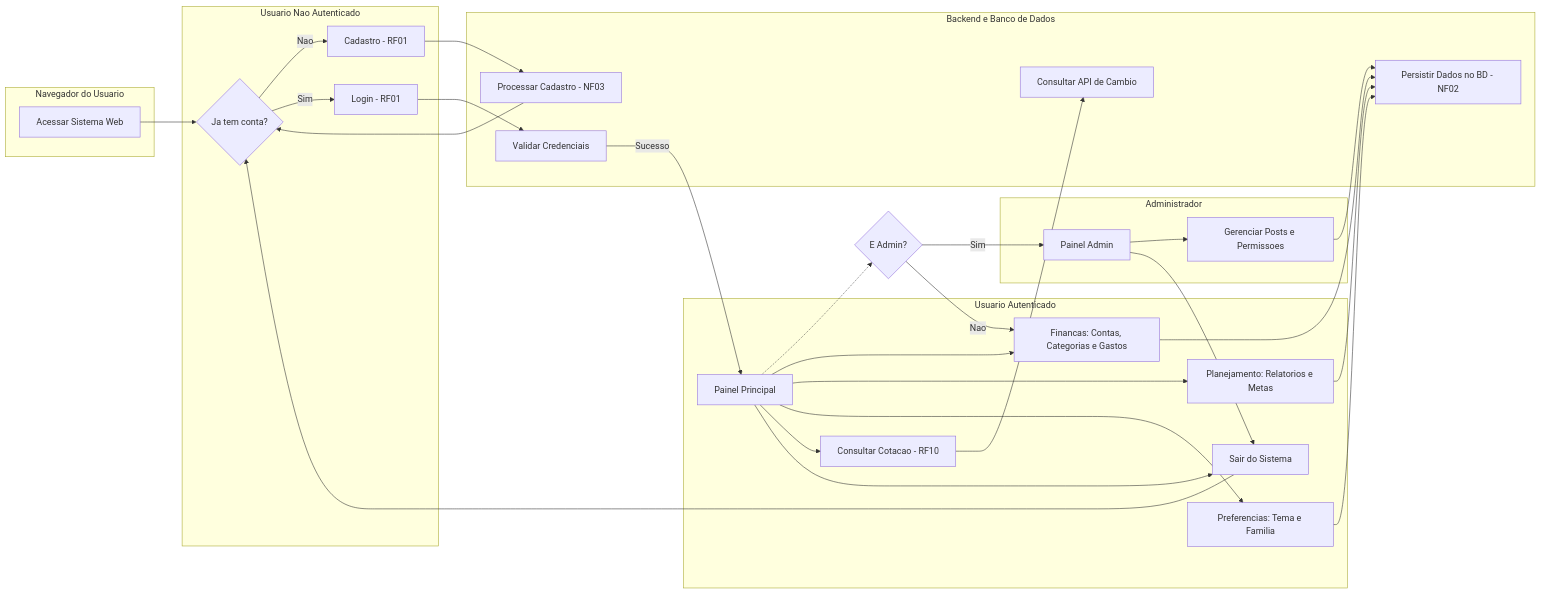
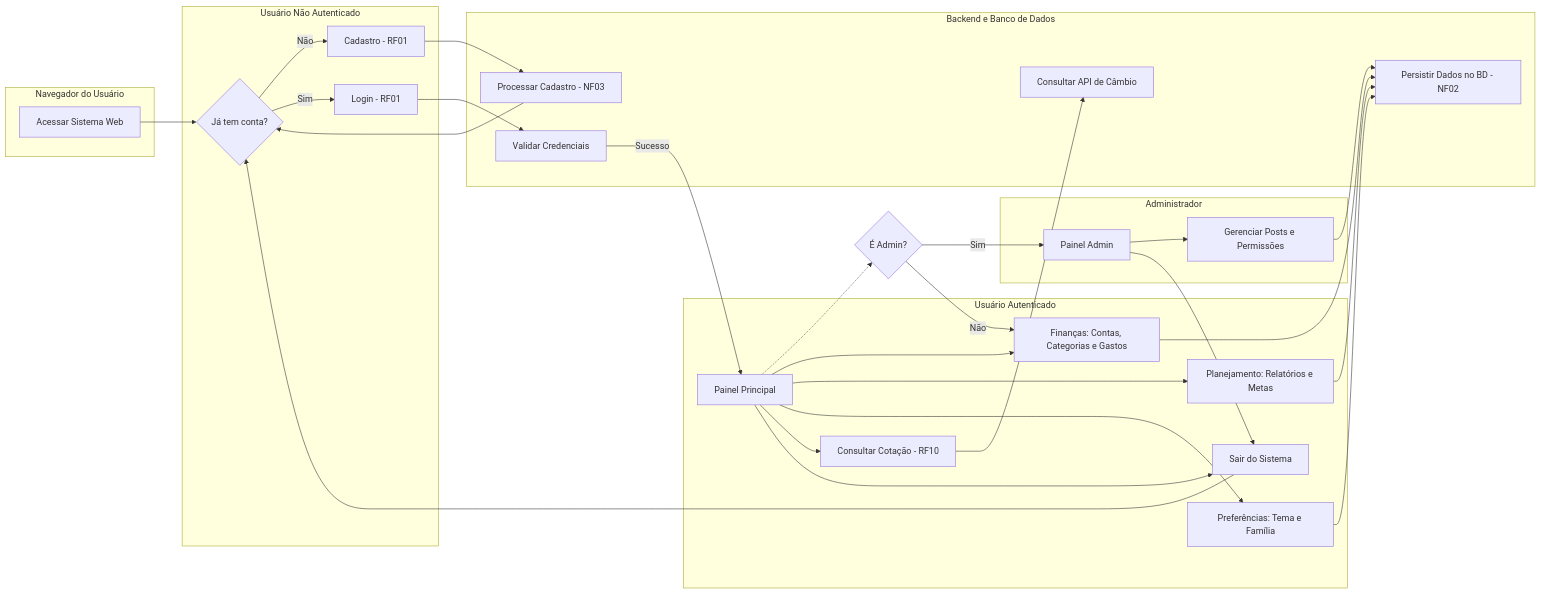
The diagram in doc/Diagrama_Processo.md (bruno-diasz/na-ponta-do-lapis-PDS), drawn with Mermaid before and after one commit.

Commit message:
docs(diagrama): corrigir acentuação

````diff
--- a/doc/Diagrama_Processo.md
+++ b/doc/Diagrama_Processo.md
@@ -1,65 +1,65 @@
 ```mermaid
 graph LR
 
-    subgraph Cliente [Navegador do Usuario]
+    subgraph Cliente [Navegador do Usuário]
         Acesso[Acessar Sistema Web]
     end
 
-    subgraph Unauth [Usuario Nao Autenticado]
-        Login{Ja tem conta?}
+    subgraph Unauth [Usuário Não Autenticado]
+        Login{Já tem conta?}
         NovoCadastro[Cadastro - RF01]
         FazerLogin[Login - RF01]
     end
 
-    subgraph AuthUser [Usuario Autenticado]
+    subgraph AuthUser [Usuário Autenticado]
         Painel[Painel Principal]
-        AcoesFin[Financas: Contas, Categorias e Gastos]
-        AcoesPlan[Planejamento: Relatorios e Metas]
-        AcoesExt[Preferencias: Tema e Familia]
-        Cotacao[Consultar Cotacao - RF10]
+        AcoesFin[Finanças: Contas, Categorias e Gastos]
+        AcoesPlan[Planejamento: Relatórios e Metas]
+        AcoesExt[Preferências: Tema e Família]
+        Cotacao[Consultar Cotação - RF10]
         Logout[Sair do Sistema]
     end
 
     subgraph Admin [Administrador]
         PainelAdmin[Painel Admin]
-        AcoesAdmin[Gerenciar Posts e Permissoes]
+        AcoesAdmin[Gerenciar Posts e Permissões]
     end
 
     subgraph Sistema [Backend e Banco de Dados]
         SysCadastro[Processar Cadastro - NF03]
         SysLogin[Validar Credenciais]
         SysBD[Persistir Dados no BD - NF02]
-        SysAPI[Consultar API de Cambio]
+        SysAPI[Consultar API de Câmbio]
     end
 
     Acesso --> Login
     
-    Login -- Nao --> NovoCadastro
+    Login -- Não --> NovoCadastro
     NovoCadastro --> SysCadastro
     SysCadastro --> Login
     
     Login -- Sim --> FazerLogin
     FazerLogin --> SysLogin
     SysLogin -- Sucesso --> Painel
     
-    Painel -.-> DeterminaPapel{E Admin?}
+    Painel -.-> DeterminaPapel{É Admin?}
     DeterminaPapel -- Sim --> PainelAdmin
-    DeterminaPapel -- Nao --> AcoesFin
+    DeterminaPapel -- Não --> AcoesFin
     
     Painel --> AcoesFin
     Painel --> AcoesPlan
     Painel --> AcoesExt
     Painel --> Cotacao
 
     AcoesFin --> SysBD
     AcoesPlan --> SysBD
     AcoesExt --> SysBD
     Cotacao --> SysAPI
 
     PainelAdmin --> AcoesAdmin
     AcoesAdmin --> SysBD
 
     Painel --> Logout
     PainelAdmin --> Logout
     Logout --> Login
 ```
````
